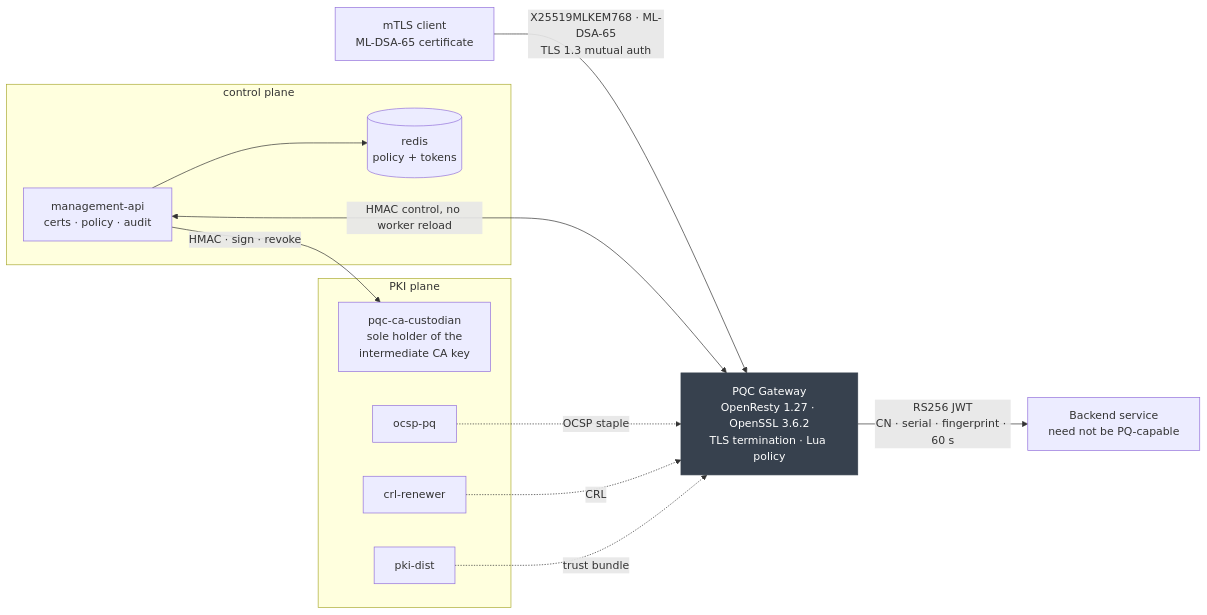
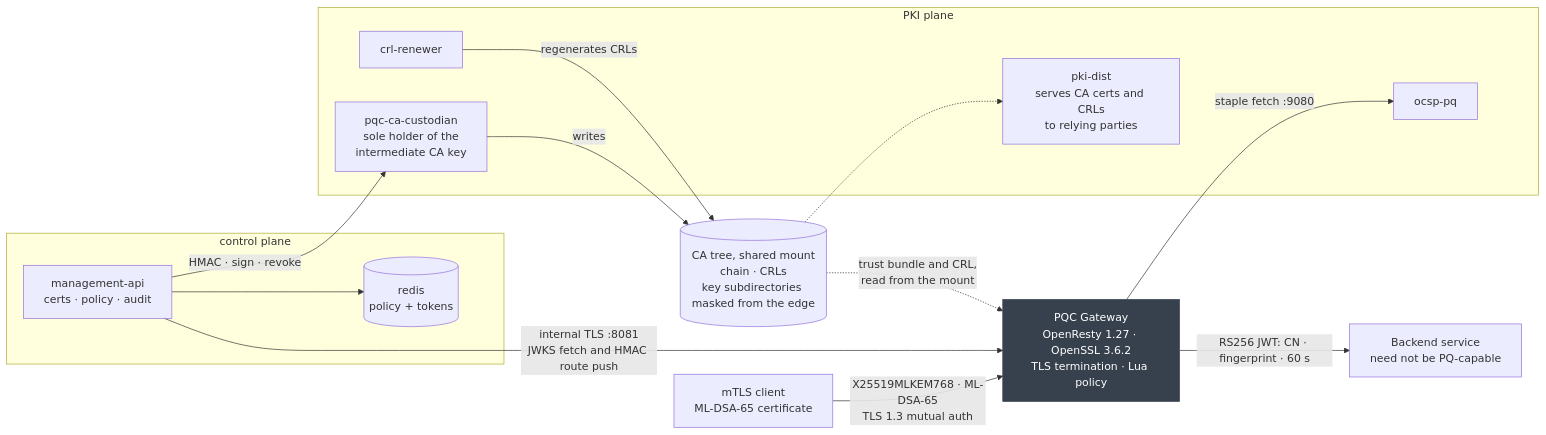
One commit to PQC-RA/pqc-mtls-gateway changed the diagram in README.md. Above: the diagram before and after it, drawn with Mermaid. The commit also changed other lines of this file, not shown here.

First paragraph of the commit message:
docs: correct the architecture diagram against the running deployment
Validated every edge in the diagram against the configuration and the live
stack. Four were wrong.

````diff
--- a/README.md
+++ b/README.md
@@ -68,29 +68,33 @@
 ```mermaid
 flowchart LR
   C["mTLS client<br/>ML-DSA-65 certificate"]
   GW["PQC Gateway<br/>OpenResty 1.27 · OpenSSL 3.6.2<br/>TLS termination · Lua policy"]
   BE["Backend service<br/>need not be PQ-capable"]
 
   subgraph CP["control plane"]
     MA["management-api<br/>certs · policy · audit"]
     RD[("redis<br/>policy + tokens")]
   end
 
   subgraph PK["PKI plane"]
     CU["pqc-ca-custodian<br/>sole holder of the<br/>intermediate CA key"]
     OC["ocsp-pq"]
     CR["crl-renewer"]
-    PD["pki-dist"]
+    PD["pki-dist<br/>serves CA certs and CRLs<br/>to relying parties"]
   end
 
+  TREE[("CA tree, shared mount<br/>chain · CRLs<br/>key subdirectories masked from the edge")]
+
   C -->|"X25519MLKEM768 · ML-DSA-65<br/>TLS 1.3 mutual auth"| GW
-  GW -->|"RS256 JWT<br/>CN · serial · fingerprint · 60 s"| BE
-  MA <-->|"HMAC control, no worker reload"| GW
+  GW -->|"RS256 JWT: CN · fingerprint · 60 s"| BE
+  MA -->|"internal TLS :8081<br/>JWKS fetch and HMAC route push"| GW
   MA --> RD
   MA -->|"HMAC · sign · revoke"| CU
-  OC -.->|"OCSP staple"| GW
-  CR -.->|"CRL"| GW
-  PD -.->|"trust bundle"| GW
+  GW -->|"staple fetch :9080"| OC
+  CU -->|"writes"| TREE
+  CR -->|"regenerates CRLs"| TREE
+  TREE -.->|"trust bundle and CRL,<br/>read from the mount"| GW
+  TREE -.-> PD
 
   style GW fill:#37414E,stroke:#37414E,color:#ffffff
 ```
````
